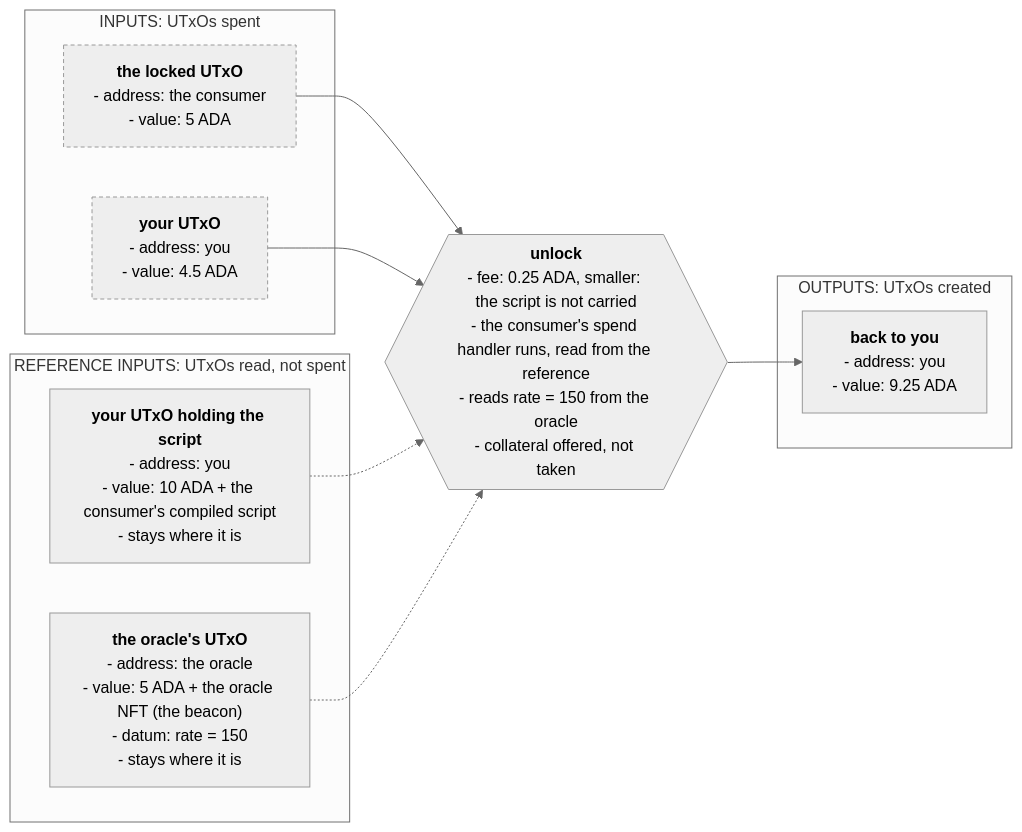
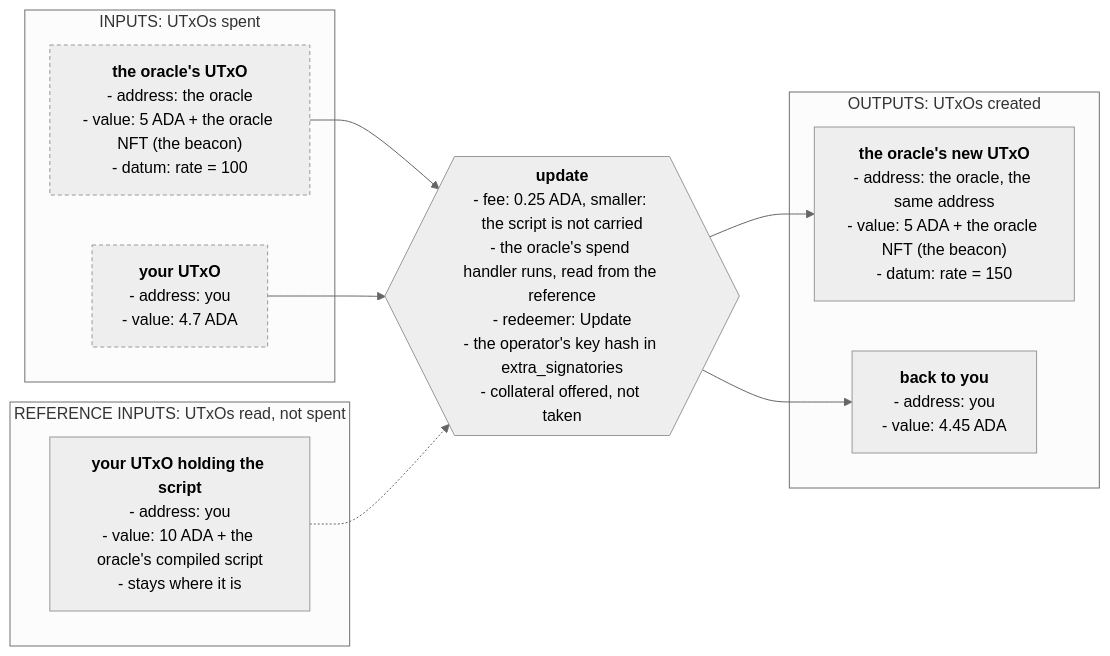
The first of 3 diagrams in docs/developers/onboarding/lectures/intermediate/13-reference-inputs-and-scripts.md (cardano-foundation/developer-portal), drawn with Mermaid (neutral theme) before and after one commit. The commit also changed other lines of this file, not shown here.

Commit message:
Base the reference script example in lecture 13 on the oracle update and explain the consumer

````diff
--- a/docs/developers/onboarding/lectures/intermediate/13-reference-inputs-and-scripts.md
+++ b/docs/developers/onboarding/lectures/intermediate/13-reference-inputs-and-scripts.md
@@ -34,43 +34,44 @@
 ```mermaid
 flowchart LR
     subgraph IN["INPUTS: UTxOs spent"]
-        I1["`**the locked UTxO**
-        - address: the consumer
-        - value: 5 ADA`"]
+        I1["`**the oracle's UTxO**
+        - address: the oracle
+        - value: 5 ADA + the oracle NFT (the beacon)
+        - datum: rate = 100`"]
         I2["`**your UTxO**
         - address: you
-        - value: 4.5 ADA`"]
+        - value: 4.7 ADA`"]
     end
 
     subgraph REF["REFERENCE INPUTS: UTxOs read, not spent"]
         S["`**your UTxO holding the script**
         - address: you
-        - value: 10 ADA + the consumer's compiled script
-        - stays where it is`"]
-        R["`**the oracle's UTxO**
-        - address: the oracle
-        - value: 5 ADA + the oracle NFT (the beacon)
-        - datum: rate = 150
+        - value: 10 ADA + the oracle's compiled script
         - stays where it is`"]
     end
 
-    TX{{"`**unlock**
+    TX{{"`**update**
     - fee: 0.25 ADA, smaller: the script is not carried
-    - the consumer's spend handler runs, read from the reference
-    - reads rate = 150 from the oracle
+    - the oracle's spend handler runs, read from the reference
+    - redeemer: Update
+    - the operator's key hash in extra_signatories
     - collateral offered, not taken`"}}
 
     subgraph OUT["OUTPUTS: UTxOs created"]
-        O["`**back to you**
+        O1["`**the oracle's new UTxO**
+        - address: the oracle, the same address
+        - value: 5 ADA + the oracle NFT (the beacon)
+        - datum: rate = 150`"]
+        O2["`**back to you**
         - address: you
-        - value: 9.25 ADA`"]
+        - value: 4.45 ADA`"]
     end
 
-    I1 --> TX --> O
+    I1 --> TX --> O1
+    TX --> O2
     I2 --> TX
     S -.-> TX
-    R -.-> TX
 
     style I1 stroke-dasharray:4 3
     style I2 stroke-dasharray:4 3
 ```
````
